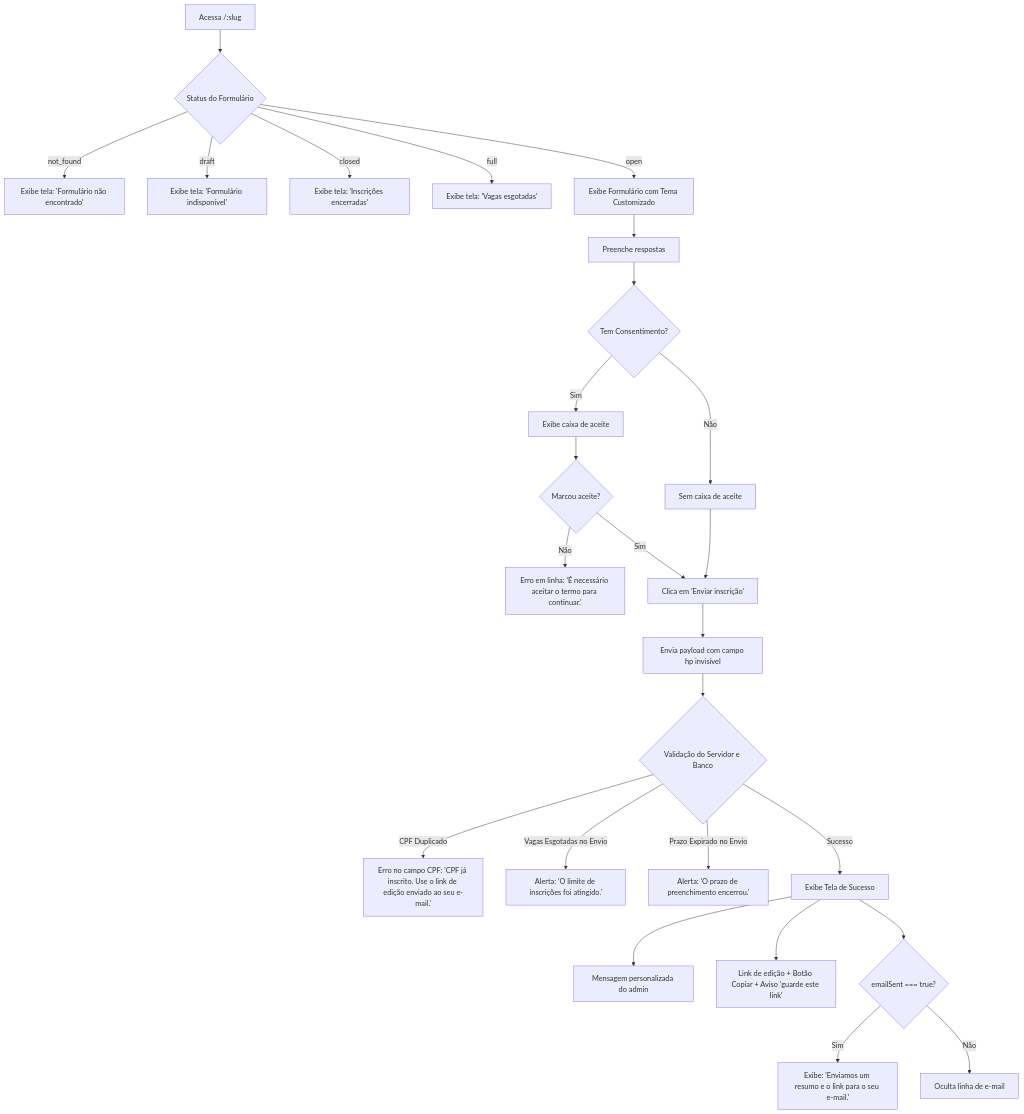
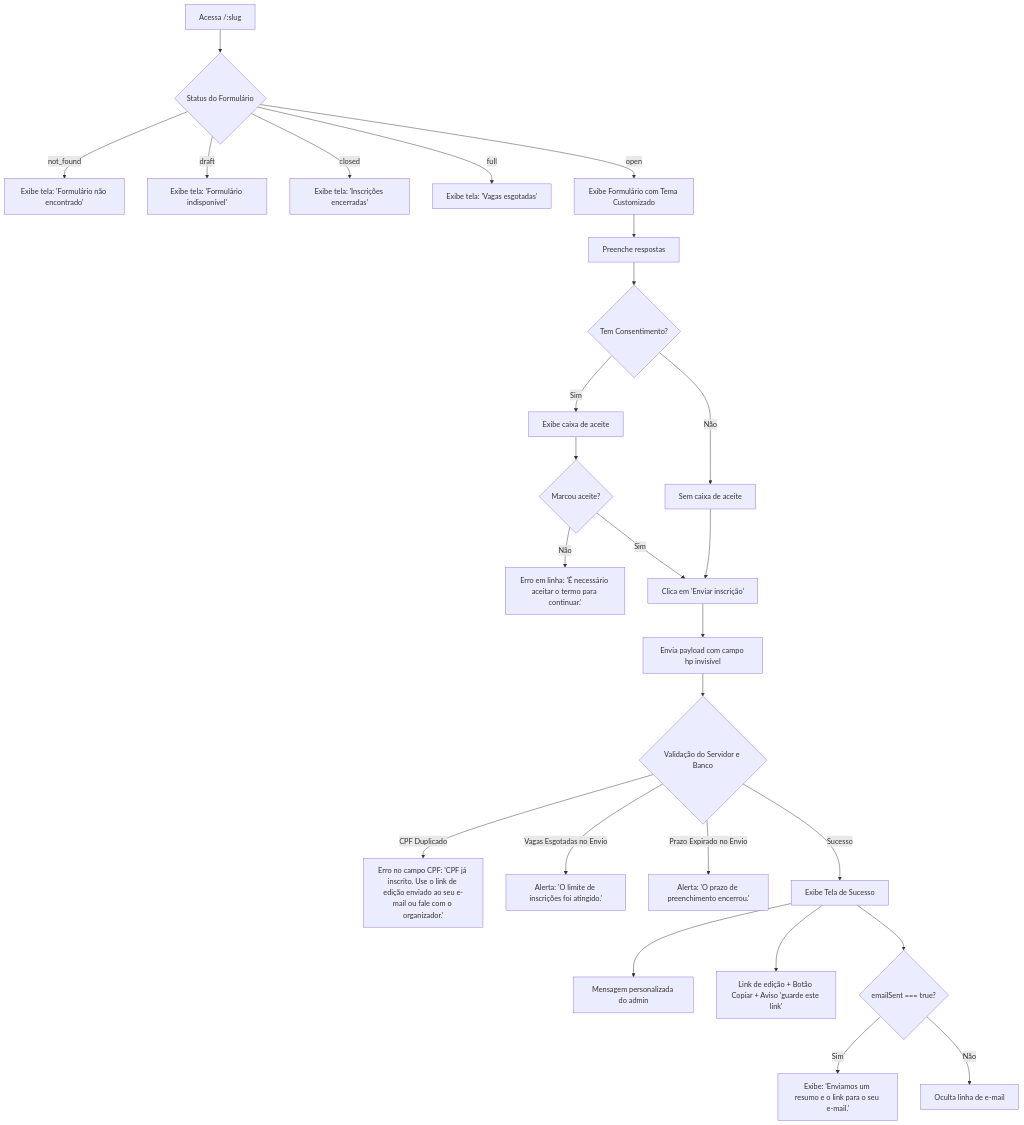
The second of 5 diagrams in specs/001-fase-0-no-ar/design/ui-ux.md (ThiagoMiranda40/form-builder-pro), drawn with Mermaid before and after one commit. The commit also changed other lines of this file and 3 other files, not shown here.

````diff
--- a/specs/001-fase-0-no-ar/design/ui-ux.md
+++ b/specs/001-fase-0-no-ar/design/ui-ux.md
@@ -187,28 +191,28 @@
   ```mermaid
   flowchart TD
       A[Acessa /:slug] --> B{Status do Formulário}
       B -->|not_found| C[Exibe tela: 'Formulário não encontrado']
       B -->|draft| D[Exibe tela: 'Formulário indisponível']
       B -->|closed| E[Exibe tela: 'Inscrições encerradas']
       B -->|full| F[Exibe tela: 'Vagas esgotadas']
       B -->|open| G[Exibe Formulário com Tema Customizado]
       G --> H[Preenche respostas]
       H --> I{Tem Consentimento?}
       I -->|Sim| J[Exibe caixa de aceite]
       I -->|Não| K[Sem caixa de aceite]
       J --> L{Marcou aceite?}
       L -->|Não| M[Erro em linha: 'É necessário aceitar o termo para continuar.']
       L -->|Sim| N[Clica em 'Enviar inscrição']
       K --> N
       N --> O[Envia payload com campo hp invisível]
       O --> P{Validação do Servidor e Banco}
-      P -->|CPF Duplicado| Q[Erro no campo CPF: 'CPF já inscrito. Use o link de edição enviado ao seu e-mail.']
+      P -->|CPF Duplicado| Q[Erro no campo CPF: 'CPF já inscrito. Use o link de edição enviado ao seu e-mail ou fale com o organizador.']
       P -->|Vagas Esgotadas no Envio| R[Alerta: 'O limite de inscrições foi atingido.']
       P -->|Prazo Expirado no Envio| S[Alerta: 'O prazo de preenchimento encerrou.']
       P -->|Sucesso| T[Exibe Tela de Sucesso]
       T --> U[Mensagem personalizada do admin]
       T --> V[Link de edição + Botão Copiar + Aviso 'guarde este link']
       T --> W{emailSent === true?}
       W -->|Sim| X[Exibe: 'Enviamos um resumo e o link para o seu e-mail.']
       W -->|Não| Y[Oculta linha de e-mail]
   ```
````
